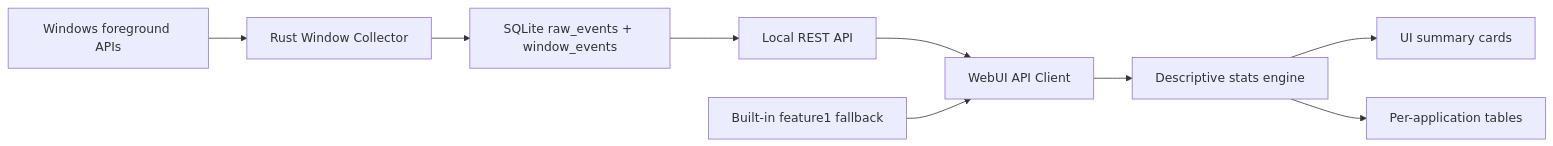
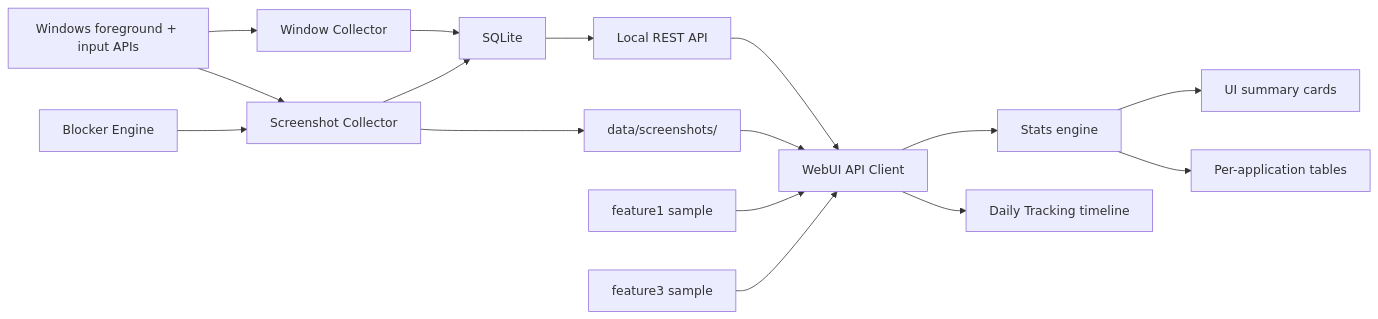
The diagram in docs/infra.md (wenlei0603/time-state-recorder), drawn with Mermaid before and after one commit. The commit also changed other lines of this file and 1 other file, not shown here.

First line of the commit message:
docs: update readme and infra docs for feature 3 and blocker system

````diff
--- a/docs/infra.md
+++ b/docs/infra.md
@@ -9,11 +9,18 @@
 ```mermaid
 flowchart LR
-    OS["Windows foreground APIs"] --> Collector["Rust Window Collector"]
-    Collector --> Storage["SQLite raw_events + window_events"]
+    OS["Windows foreground + input APIs"] --> WinCollector["Window Collector"]
+    OS --> SSCollector["Screenshot Collector"]
+    WinCollector --> Storage["SQLite"]
+    SSCollector --> Storage
+    SSCollector --> Files["data/screenshots/"]
+    Blocker["Blocker Engine"] --> SSCollector
     Storage --> API["Local REST API"]
     API --> Client["WebUI API Client"]
-    Sample["Built-in feature1 fallback"] --> Client
-    Client --> Stats["Descriptive stats engine"]
+    Files --> Client
+    Sample1["feature1 sample"] --> Client
+    Sample3["feature3 sample"] --> Client
+    Client --> Stats["Stats engine"]
+    Client --> Timeline["Daily Tracking timeline"]
     Stats --> Cards["UI summary cards"]
     Stats --> Tables["Per-application tables"]
 ```
````
